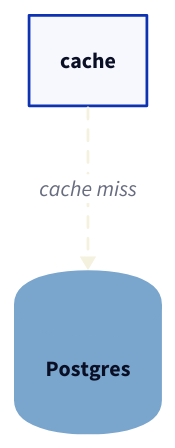
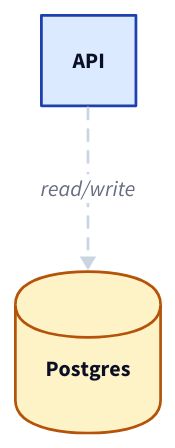
Before and after one commit to Sotilrac/daedalus: the second of 2 diagrams in README.md, drawn with D2. The commit also changed other lines of this file and 13 other files, not shown here.

````diff
--- a/README.md
+++ b/README.md
@@ -56,17 +63,11 @@
 ```d2
-db: Postgres {
-  shape: cylinder
-  style: {
-    fill: "#7aa6cd"
-    stroke: "#7aa6cd"
-    bold: true
-  }
+classes: {
+  service: { style.fill: "#dbeafe"; style.stroke: "#1e40af" }
+  store:   { shape: cylinder; style.fill: "#fef3c7"; style.stroke: "#b45309" }
+  async:   { style.stroke: "#cbd5e1"; style.stroke-dash: 4 }
 }
 
-cache -> db: cache miss {
-  style: {
-    stroke: "#f4f1de"
-    stroke-dash: 4
-  }
-}
+api: API {class: service}
+db:  Postgres {class: store}
+api -> db: read/write {class: async}
 ```
````
